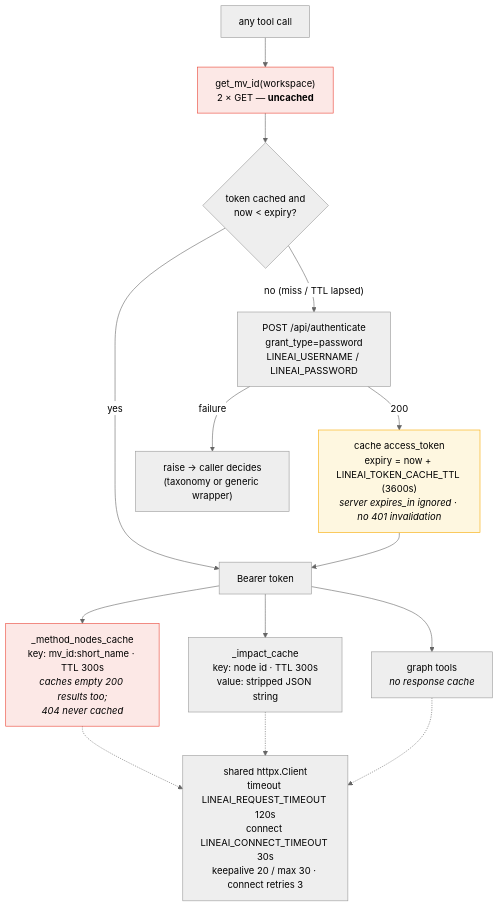
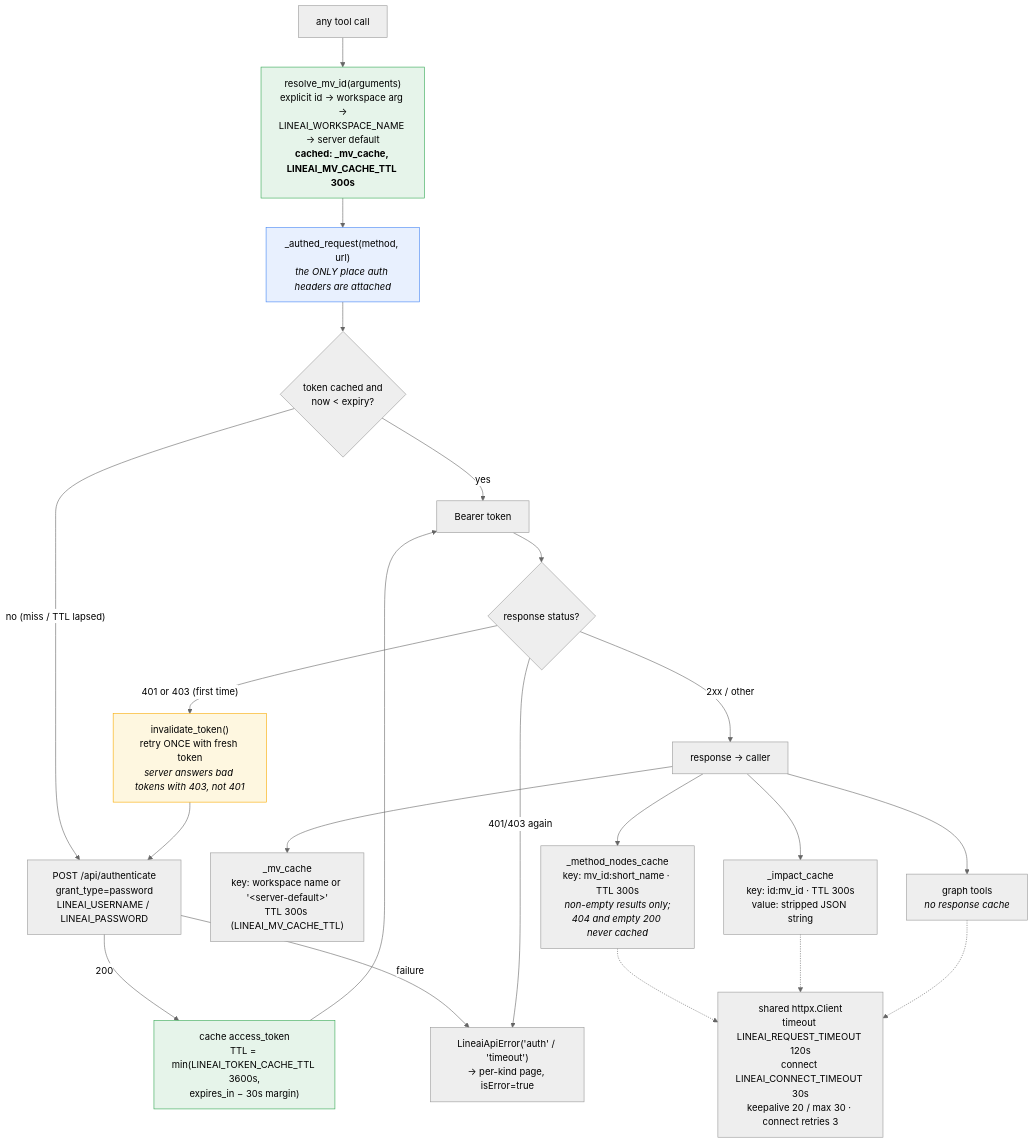
Before and after one commit to lineai-intelligence/lineai-mcp-server: the fourth of 5 diagrams in docs/architecture-diagrams.md, drawn with Mermaid (neutral theme). The commit also changed other lines of this file and 3 other files, not shown here.

First line of the commit message:
LIN-699 docs: align architecture docs and README with the merged code

````diff
--- a/docs/architecture-diagrams.md
+++ b/docs/architecture-diagrams.md
@@ -151,23 +168,33 @@
 ```mermaid
 flowchart TD
-    CALL["any tool call"] --> MVQ["get_mv_id(workspace)<br/>2 × GET — <b>uncached</b>"]
-    MVQ --> AUTHQ{"token cached and<br/>now &lt; expiry?"}
+    CALL["any tool call"] --> MVQ["resolve_mv_id(arguments)<br/>explicit id → workspace arg →<br/>LINEAI_WORKSPACE_NAME → server default<br/><b>cached: _mv_cache, LINEAI_MV_CACHE_TTL 300s</b>"]
+    MVQ --> REQ["_authed_request(method, url)<br/><i>the ONLY place auth headers are attached</i>"]
+
+    REQ --> AUTHQ{"token cached and<br/>now &lt; expiry?"}
     AUTHQ -- yes --> USE["Bearer token"]
     AUTHQ -- "no (miss / TTL lapsed)" --> POST["POST /api/authenticate<br/>grant_type=password<br/>LINEAI_USERNAME / LINEAI_PASSWORD"]
-    POST -- 200 --> STORE["cache access_token<br/>expiry = now + LINEAI_TOKEN_CACHE_TTL (3600s)<br/><i>server expires_in ignored · no 401 invalidation</i>"]
-    POST -- failure --> RAISE["raise → caller decides<br/>(taxonomy or generic wrapper)"]
+    POST -- 200 --> STORE["cache access_token<br/>TTL = min(LINEAI_TOKEN_CACHE_TTL 3600s,<br/>expires_in − 30s margin)"]
+    POST -- failure --> RAISE["LineaiApiError('auth' / 'timeout')<br/>→ per-kind page, isError=true"]
     STORE --> USE
 
-    USE --> C1["_method_nodes_cache<br/>key: mv_id:short_name · TTL 300s<br/><i>caches empty 200 results too;<br/>404 never cached</i>"]
-    USE --> C2["_impact_cache<br/>key: node id · TTL 300s<br/>value: stripped JSON string"]
-    USE --> C3["graph tools<br/><i>no response cache</i>"]
+    USE --> RESP{"response status?"}
+    RESP -- "401 or 403 (first time)" --> INV["invalidate_token()<br/>retry ONCE with fresh token<br/><i>server answers bad tokens with 403, not 401</i>"]
+    INV --> POST
+    RESP -- "401/403 again" --> RAISE
+    RESP -- "2xx / other" --> CACHES["response → caller"]
+
+    CACHES --> C0["_mv_cache<br/>key: workspace name or '&lt;server-default&gt;'<br/>TTL 300s (LINEAI_MV_CACHE_TTL)"]
+    CACHES --> C1["_method_nodes_cache<br/>key: mv_id:short_name · TTL 300s<br/><i>non-empty results only;<br/>404 and empty 200 never cached</i>"]
+    CACHES --> C2["_impact_cache<br/>key: id:mv_id · TTL 300s<br/>value: stripped JSON string"]
+    CACHES --> C3["graph tools<br/><i>no response cache</i>"]
 
     HTTP["shared httpx.Client<br/>timeout LINEAI_REQUEST_TIMEOUT 120s<br/>connect LINEAI_CONNECT_TIMEOUT 30s<br/>keepalive 20 / max 30 · connect retries 3"]
     C1 -.-> HTTP
     C2 -.-> HTTP
     C3 -.-> HTTP
 
-    style STORE fill:#fef7e0,stroke:#f9ab00
-    style C1 fill:#fce8e6,stroke:#ea4335
-    style MVQ fill:#fce8e6,stroke:#ea4335
+    style STORE fill:#e6f4ea,stroke:#34a853
+    style INV fill:#fef7e0,stroke:#f9ab00
+    style MVQ fill:#e6f4ea,stroke:#34a853
+    style REQ fill:#e8f0fe,stroke:#4285f4
 ```
````
